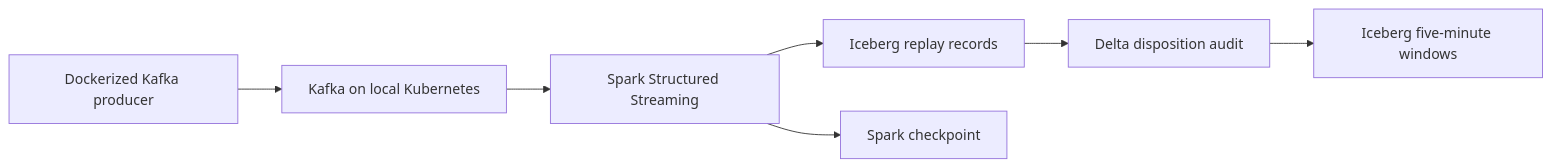
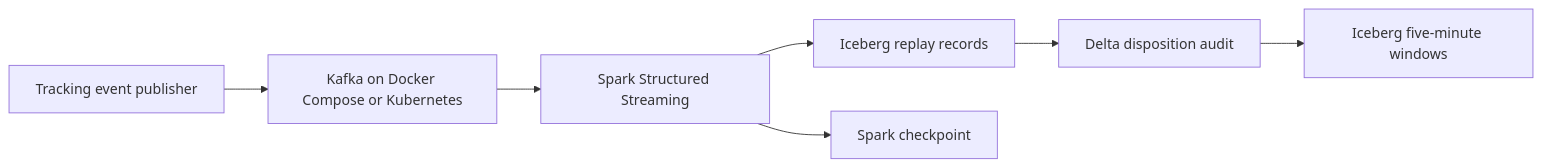
Before and after one commit to ShanmukhaAaryasree/project-meridian: the second of 3 diagrams in Architecture/README.md, drawn with Mermaid. The commit also changed other lines of this file and 17 other files, not shown here.

````diff
--- a/Architecture/README.md
+++ b/Architecture/README.md
@@ -19,9 +19,9 @@
 ```mermaid
 flowchart LR
-  Producer["Dockerized Kafka producer"] --> Broker["Kafka on local Kubernetes"]
+  Producer["Tracking event publisher"] --> Broker["Kafka on Docker Compose or Kubernetes"]
   Broker --> Spark["Spark Structured Streaming"]
   Spark --> Replay["Iceberg replay records"]
   Replay --> Audit["Delta disposition audit"]
   Audit --> Windows["Iceberg five-minute windows"]
   Spark --> Checkpoint["Spark checkpoint"]
 ```
````
